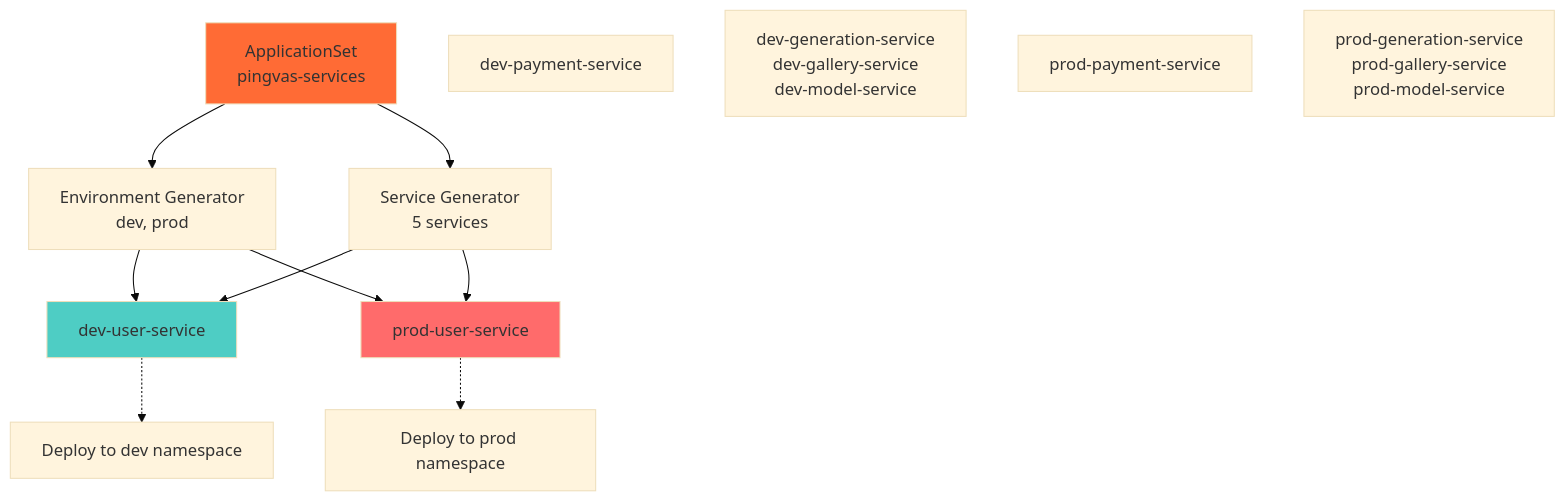
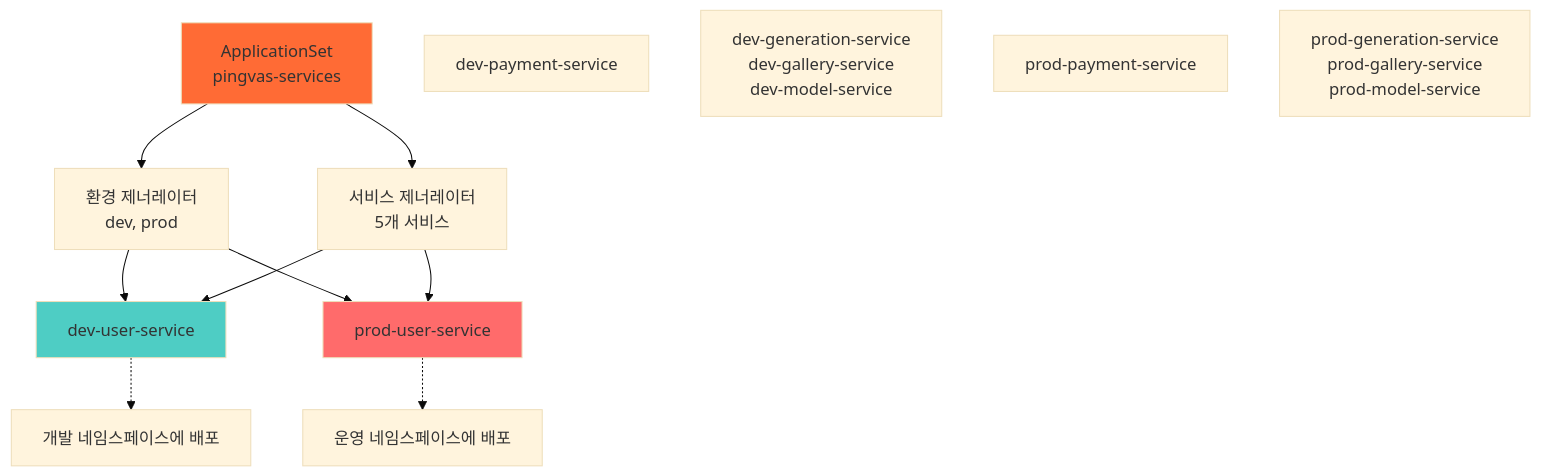
Diagram 11 of 15 in docs/final-architecture/01-aws-architecture-diagram.md (Pinksea-AI/InvokeAI), drawn with Mermaid (base theme) before and after one commit. The commit also changed other lines of this file, not shown here.

First line of the commit message:
docs: AWS 아키텍처 다이어그램 문서를 한글로 번역

````diff
--- a/docs/final-architecture/01-aws-architecture-diagram.md
+++ b/docs/final-architecture/01-aws-architecture-diagram.md
@@ -568,30 +568,30 @@
 ```mermaid
 graph TB
     AppSet[ApplicationSet<br/>pingvas-services]
 
-    EnvGen[Environment Generator<br/>dev, prod]
-    SvcGen[Service Generator<br/>5 services]
+    EnvGen[환경 제너레이터<br/>dev, prod]
+    SvcGen[서비스 제너레이터<br/>5개 서비스]
 
     AppSet --> EnvGen
     AppSet --> SvcGen
 
     DevUser[dev-user-service]
     DevPayment[dev-payment-service]
     DevOthers[dev-generation-service<br/>dev-gallery-service<br/>dev-model-service]
 
     ProdUser[prod-user-service]
     ProdPayment[prod-payment-service]
     ProdOthers[prod-generation-service<br/>prod-gallery-service<br/>prod-model-service]
 
     EnvGen --> DevUser
     EnvGen --> ProdUser
     SvcGen --> DevUser
     SvcGen --> ProdUser
 
-    DevUser -.-> DevDeploy[Deploy to dev namespace]
-    ProdUser -.-> ProdDeploy[Deploy to prod namespace]
+    DevUser -.-> DevDeploy[개발 네임스페이스에 배포]
+    ProdUser -.-> ProdDeploy[운영 네임스페이스에 배포]
 
     style AppSet fill:#FF6B35
     style DevUser fill:#4ECDC4
     style ProdUser fill:#FF6B6B
 ```
````
